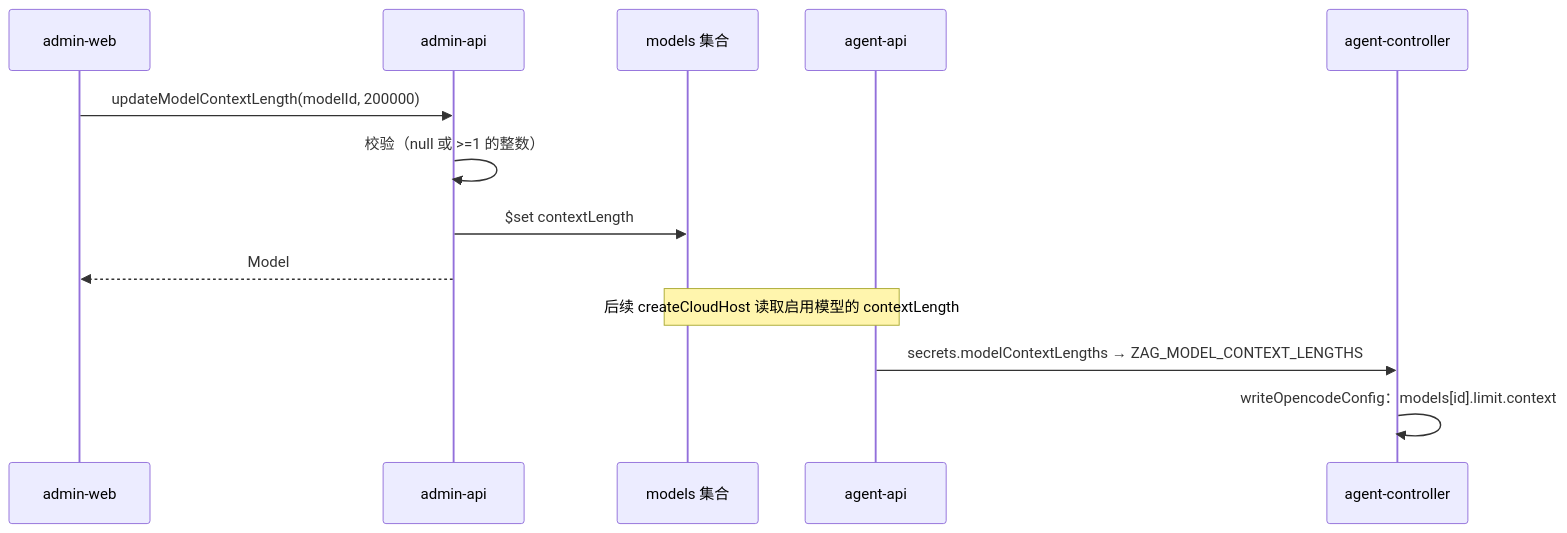
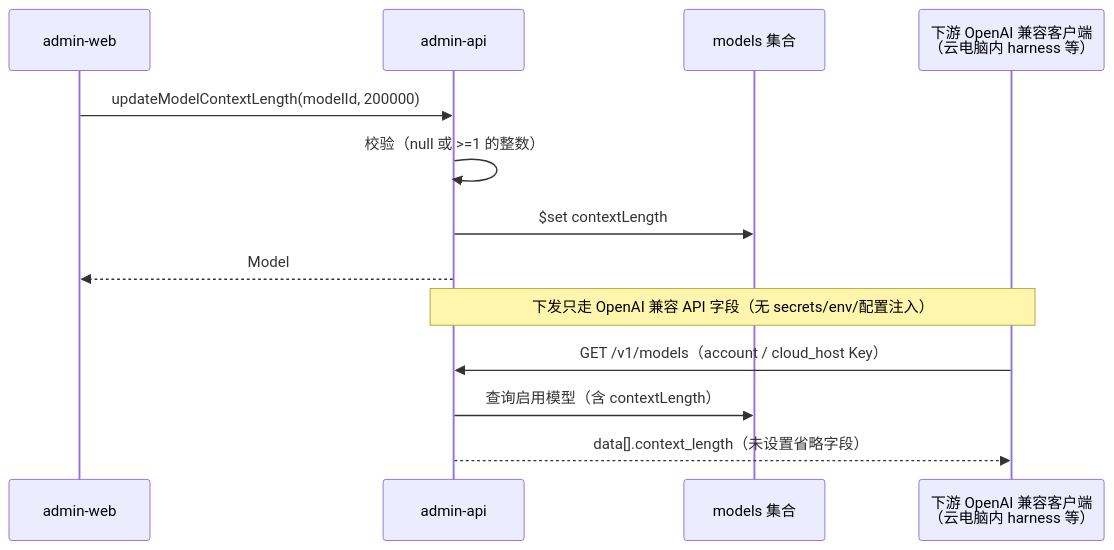
The fourth of 4 diagrams in docs/engineering/proposals/20261023-feat-cloud-container-optimization-phase2.md (Deliay/z-agent-gear), drawn with Mermaid before and after one commit. The commit also changed other lines of this file and 2 other files, not shown here.

First line of the commit message:
docs: 云容器优化二期返工修订——模型最长上下文经 OpenAI 兼容 API 字段下发（v1.1）

````diff
--- a/docs/engineering/proposals/20261023-feat-cloud-container-optimization-phase2.md
+++ b/docs/engineering/proposals/20261023-feat-cloud-container-optimization-phase2.md
@@ -272,16 +277,16 @@
 ```mermaid
 sequenceDiagram
     participant ADW as admin-web
     participant AD as admin-api
     participant DB as models 集合
-    participant AA as agent-api
-    participant AG as agent-controller
+    participant DL as 下游 OpenAI 兼容客户端<br/>（云电脑内 harness 等）
 
     ADW->>AD: updateModelContextLength(modelId, 200000)
     AD->>AD: 校验（null 或 >=1 的整数）
     AD->>DB: $set contextLength
     AD-->>ADW: Model
-    Note over AA,DB: 后续 createCloudHost 读取启用模型的 contextLength
-    AA->>AG: secrets.modelContextLengths → ZAG_MODEL_CONTEXT_LENGTHS
-    AG->>AG: writeOpencodeConfig：models[id].limit.context
+    Note over AD,DL: 下发只走 OpenAI 兼容 API 字段（无 secrets/env/配置注入）
+    DL->>AD: GET /v1/models（account / cloud_host Key）
+    AD->>DB: 查询启用模型（含 contextLength）
+    AD-->>DL: data[].context_length（未设置省略字段）
 ```
````
